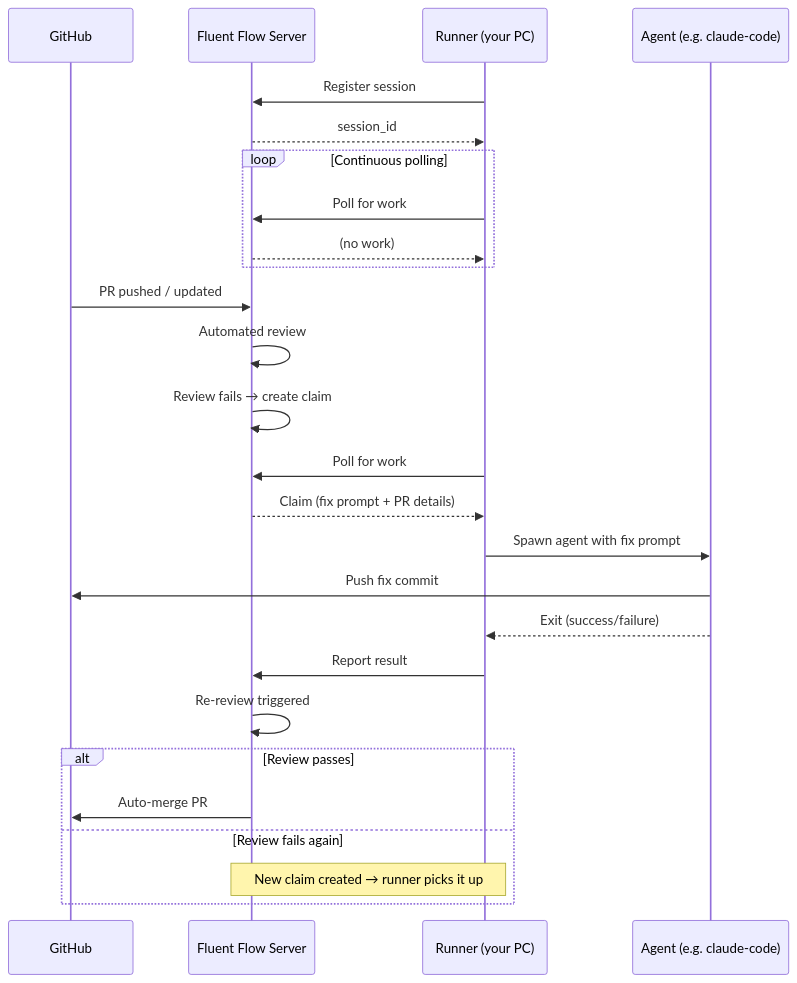
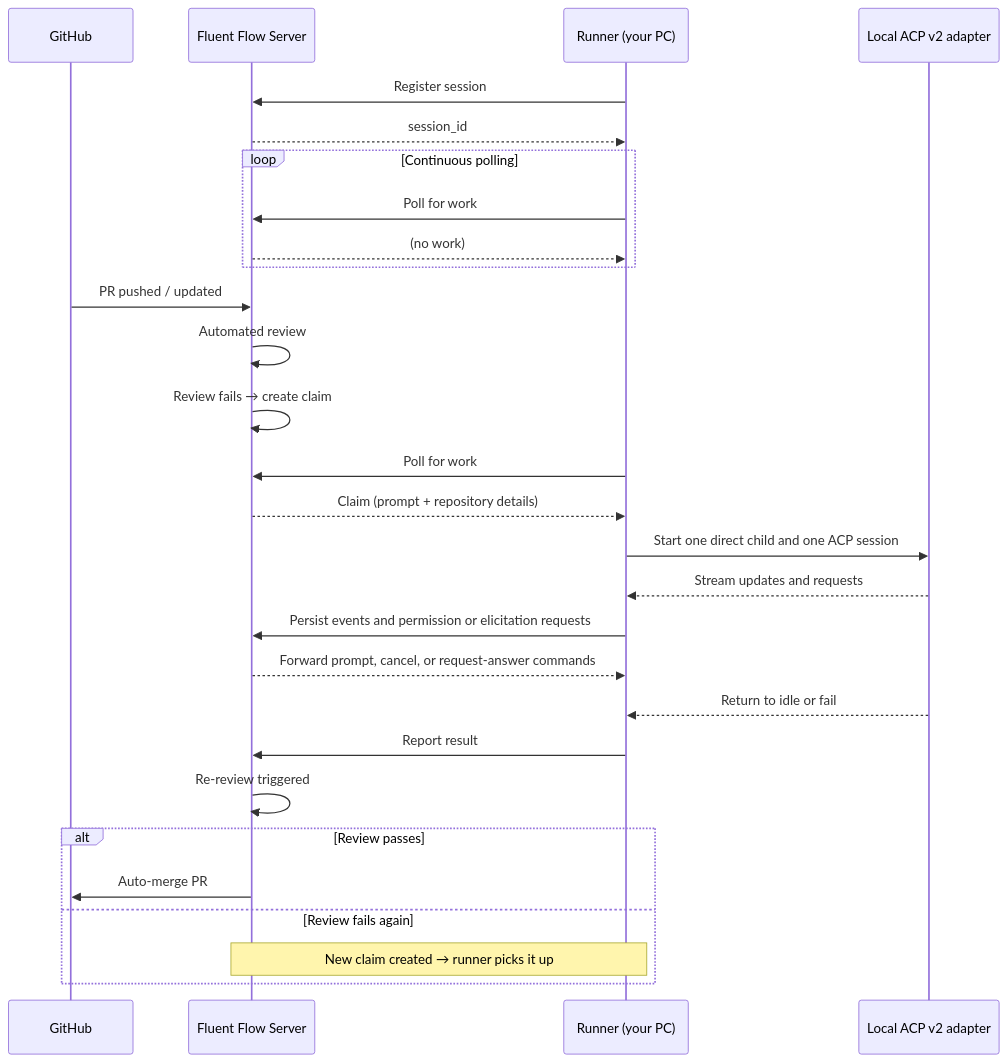
Before and after one commit to fluent-io/fluent-flow: the diagram in packages/fluent-flow-runner/README.md, drawn with Mermaid. The commit also changed other lines of this file and 18 other files, not shown here.

````diff
--- a/packages/fluent-flow-runner/README.md
+++ b/packages/fluent-flow-runner/README.md
@@ -249,33 +249,35 @@
 ```mermaid
 sequenceDiagram
     participant GH as GitHub
     participant FF as Fluent Flow Server
     participant R as Runner (your PC)
-    participant A as Agent (e.g. claude-code)
+    participant A as Local ACP v2 adapter
 
     R->>FF: Register session
     FF-->>R: session_id
 
     loop Continuous polling
         R->>FF: Poll for work
         FF-->>R: (no work)
     end
 
     GH->>FF: PR pushed / updated
     FF->>FF: Automated review
     FF->>FF: Review fails → create claim
 
     R->>FF: Poll for work
-    FF-->>R: Claim (fix prompt + PR details)
-    R->>A: Spawn agent with fix prompt
-    A->>GH: Push fix commit
-    A-->>R: Exit (success/failure)
+    FF-->>R: Claim (prompt + repository details)
+    R->>A: Start one direct child and one ACP session
+    A-->>R: Stream updates and requests
+    R->>FF: Persist events and permission or elicitation requests
+    FF-->>R: Forward prompt, cancel, or request-answer commands
+    A-->>R: Return to idle or fail
     R->>FF: Report result
 
     FF->>FF: Re-review triggered
     alt Review passes
         FF->>GH: Auto-merge PR
     else Review fails again
         Note over FF,R: New claim created → runner picks it up
     end
 ```
````
